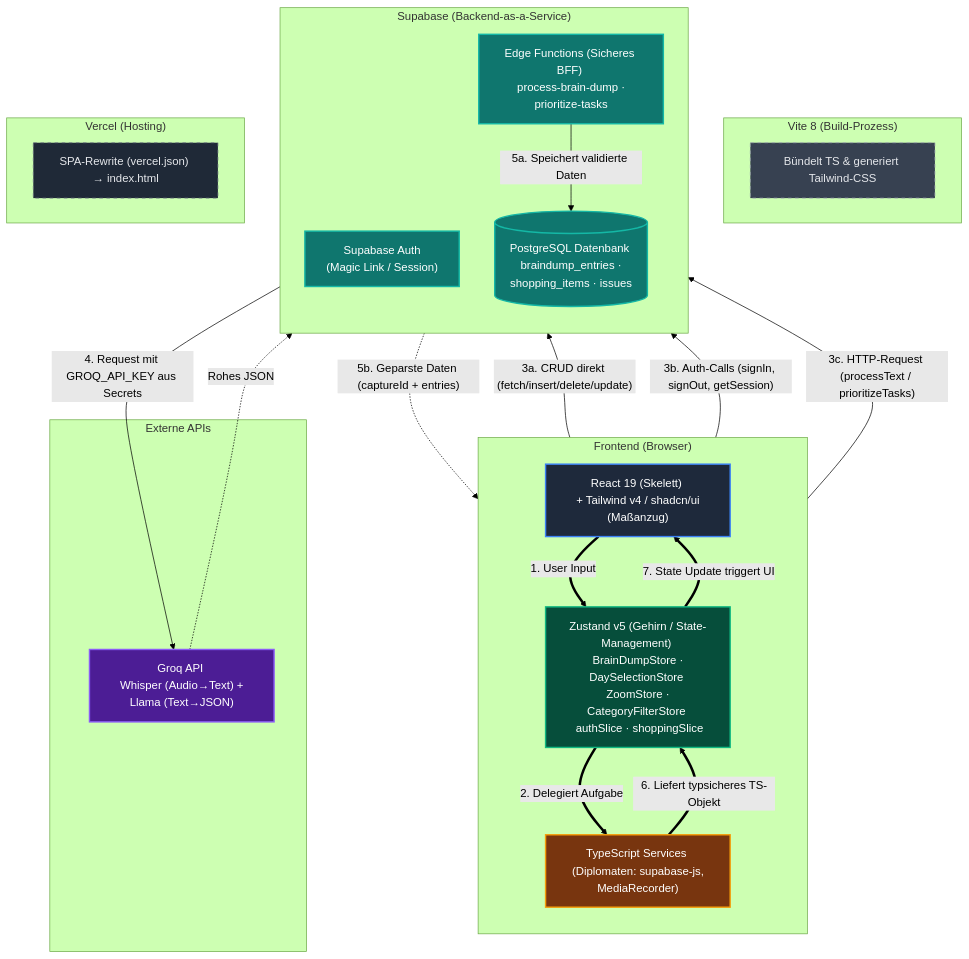
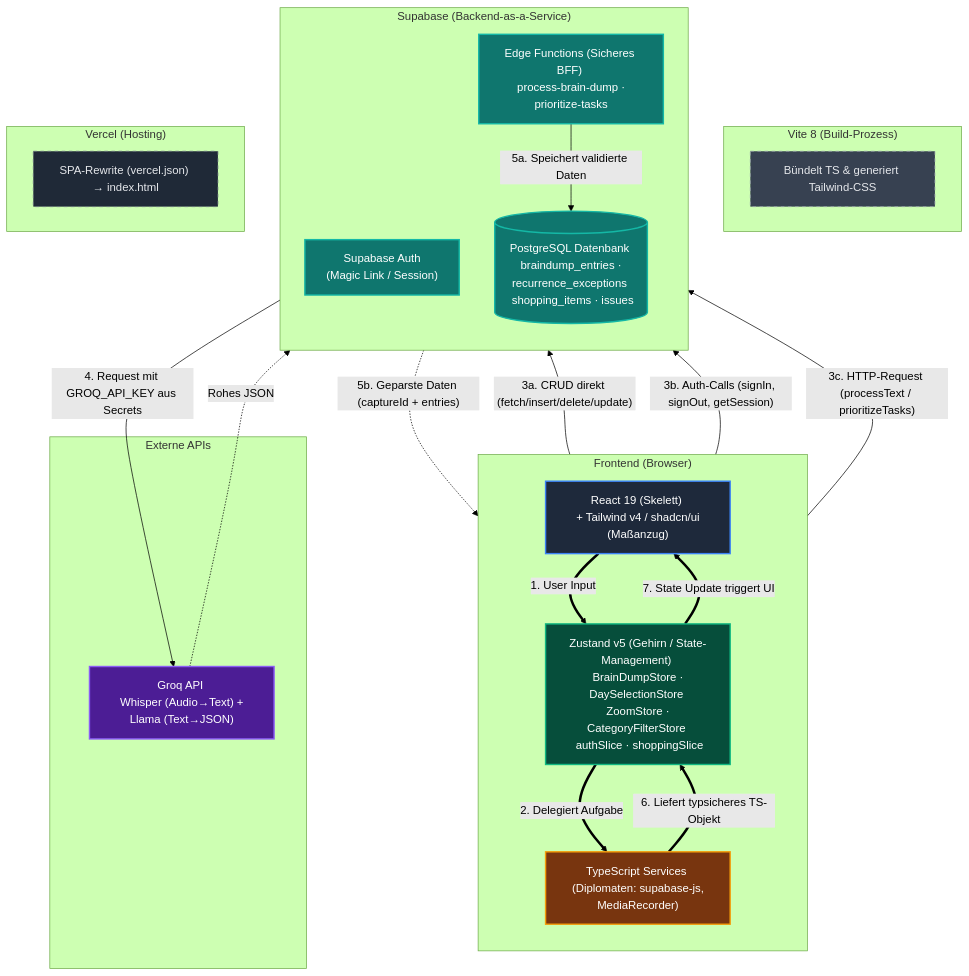
The diagram in docs/DIAGRAMS/architecture-comm.md (mrLevvis/braindump-pwa), drawn with Mermaid (forest theme) before and after one commit. The commit also changed 5 other files, not shown here.

````diff
--- a/docs/DIAGRAMS/architecture-comm.md
+++ b/docs/DIAGRAMS/architecture-comm.md
@@ -1,65 +1,65 @@
 ```mermaid
 flowchart TD
     %% Tooling Phase
     subgraph Tooling ["Vite 8 (Build-Prozess)"]
         V[Bündelt TS & generiert Tailwind-CSS]
     end
 
     %% Client Layer (Browser)
     subgraph Client ["Frontend (Browser)"]
         direction TB
         UI["React 19 (Skelett) <br/> + Tailwind v4 / shadcn/ui (Maßanzug)"]
         Store["Zustand v5 (Gehirn / State-Management) <br/> BrainDumpStore · DaySelectionStore <br/> ZoomStore · CategoryFilterStore <br/> authSlice · shoppingSlice"]
         Services["TypeScript Services <br/> (Diplomaten: supabase-js, MediaRecorder)"]
 
         UI == "1. User Input" ==> Store
         Store == "7. State Update triggert UI" ==> UI
 
         Store == "2. Delegiert Aufgabe" ==> Services
         Services == "6. Liefert typsicheres TS-Objekt" ==> Store
     end
 
     %% Cloud Backend (Supabase)
     subgraph BaaS ["Supabase (Backend-as-a-Service)"]
         direction TB
         Auth["Supabase Auth <br/> (Magic Link / Session)"]
         Edge["Edge Functions (Sicheres BFF) <br/> process-brain-dump · prioritize-tasks"]
-        DB[("PostgreSQL Datenbank <br/> braindump_entries · shopping_items · issues")]
+        DB[("PostgreSQL Datenbank <br/> braindump_entries · recurrence_exceptions <br/> shopping_items · issues")]
     end
 
     %% External APIs
     subgraph External ["Externe APIs"]
         KI["Groq API <br/> Whisper (Audio→Text) + Llama (Text→JSON)"]
     end
 
     %% Deployment
     subgraph Deploy ["Vercel (Hosting)"]
         SPA["SPA-Rewrite (vercel.json) → index.html"]
     end
 
     %% Verbindungen
     Services -- "3a. CRUD direkt (fetch/insert/delete/update)" --> DB
     Services -- "3b. Auth-Calls (signIn, signOut, getSession)" --> Auth
     Services -- "3c. HTTP-Request (processText / prioritizeTasks)" --> Edge
     Edge -- "4. Request mit GROQ_API_KEY aus Secrets" --> KI
     KI -. "Rohes JSON" .-> Edge
     Edge -- "5a. Speichert validierte Daten" --> DB
     Edge -. "5b. Geparste Daten (captureId + entries)" .-> Services
 
     %% Farben und Styling
     classDef frontend fill:#1e293b,stroke:#3b82f6,stroke-width:2px,color:#fff
     classDef state fill:#064e3b,stroke:#10b981,stroke-width:2px,color:#fff
     classDef service fill:#78350f,stroke:#f59e0b,stroke-width:2px,color:#fff
     classDef supabase fill:#0f766e,stroke:#14b8a6,stroke-width:2px,color:#fff
     classDef ki fill:#4c1d95,stroke:#8b5cf6,stroke-width:2px,color:#fff
     classDef tooling fill:#374151,stroke:#9ca3af,stroke-width:1px,color:#e5e7eb,stroke-dasharray: 5 5
     classDef deploy fill:#1f2937,stroke:#6b7280,stroke-width:1px,color:#e5e7eb,stroke-dasharray: 5 5
 
     class UI frontend
     class Store state
     class Services service
     class Auth,Edge,DB supabase
     class KI ki
     class V tooling
     class SPA deploy
 ```
````
